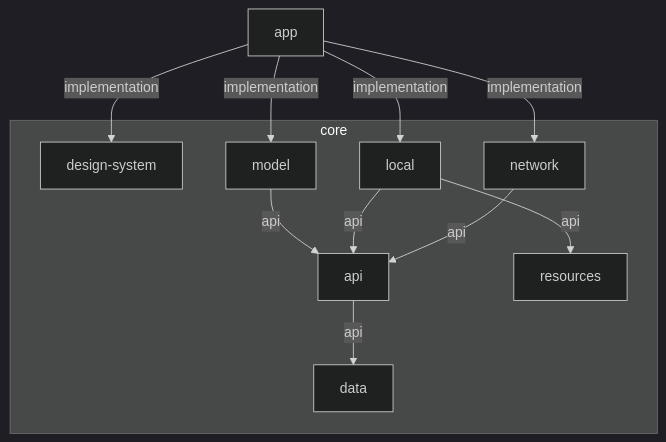
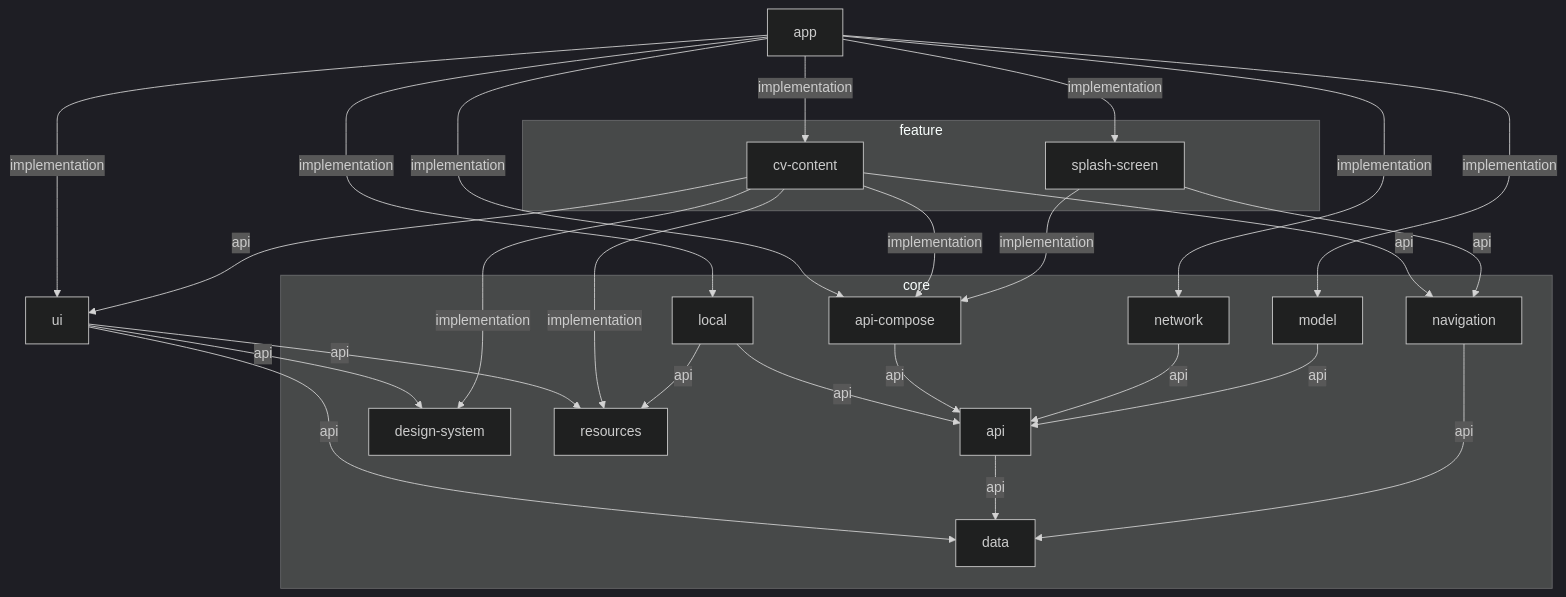
Before and after one commit to Dussim/cv-app: the diagram in README.md, drawn with Mermaid. The commit also changed 100 other files, not shown here.

````diff
--- a/README.md
+++ b/README.md
@@ -3,29 +3,50 @@
 ```mermaid
 %%{
   init: {
     'theme': 'dark'
   }
 }%%
 
 graph TB
 
   subgraph core
     api
+    api-compose
     data
     design-system
     local
     model
+    navigation
     network
     resources
   end
+  subgraph feature
+    cv-content
+    splash-screen
+  end
   model -- api --> api
+  navigation -- api --> data
   api -- api --> data
+  network -- api --> api
+  api-compose -- api --> api
+  splash-screen -- api --> navigation
+  splash-screen -- implementation --> api-compose
   local -- api --> api
   local -- api --> resources
-  network -- api --> api
-  app -- implementation --> design-system
+  cv-content -- api --> navigation
+  cv-content -- api --> ui
+  cv-content -- implementation --> design-system
+  cv-content -- implementation --> api-compose
+  cv-content -- implementation --> resources
+  ui -- api --> data
+  ui -- api --> design-system
+  ui -- api --> resources
+  app -- implementation --> api-compose
+  app -- implementation --> ui
   app -- implementation --> model
   app -- implementation --> local
   app -- implementation --> network
+  app -- implementation --> splash-screen
+  app -- implementation --> cv-content
 
 ```
````
